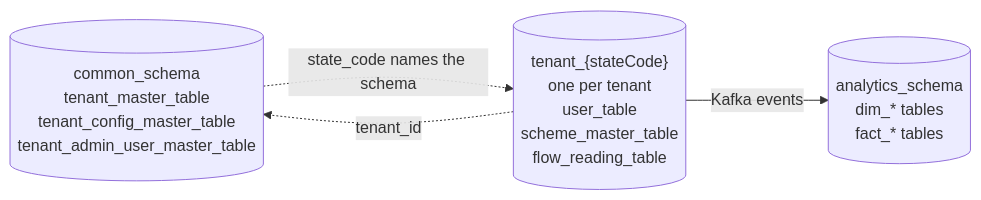
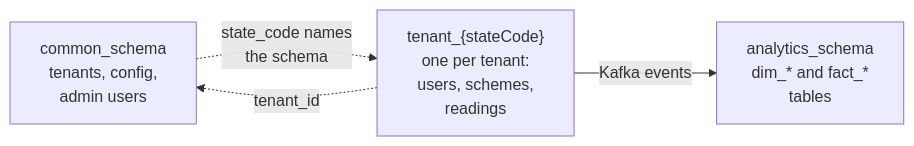
Before and after one commit to arghyam/JalSoochak: the first of 8 diagrams in gitbook/database-er-diagram.md, drawn with Mermaid. The commit also changed other lines of this file, not shown here.

First line of the commit message:
Fix ER diagrams that GitBook's Mermaid renders badly

````diff
--- a/gitbook/database-er-diagram.md
+++ b/gitbook/database-er-diagram.md
@@ -16,9 +16,9 @@
 ```mermaid
 flowchart LR
-    CS[("common_schema<br/>tenant_master_table<br/>tenant_config_master_table<br/>tenant_admin_user_master_table")]
-    TS[("tenant_{stateCode}<br/>one per tenant<br/>user_table<br/>scheme_master_table<br/>flow_reading_table")]
-    AS[("analytics_schema<br/>dim_* tables<br/>fact_* tables")]
-    CS -. "state_code names the schema" .-> TS
+    CS["common_schema<br/>tenants, config,<br/>admin users"]
+    TS["tenant_{stateCode}<br/>one per tenant:<br/>users, schemes,<br/>readings"]
+    AS["analytics_schema<br/>dim_* and fact_*<br/>tables"]
+    CS -. "state_code names<br/>the schema" .-> TS
     TS -. "tenant_id" .-> CS
     TS -- "Kafka events" --> AS
 ```
````
